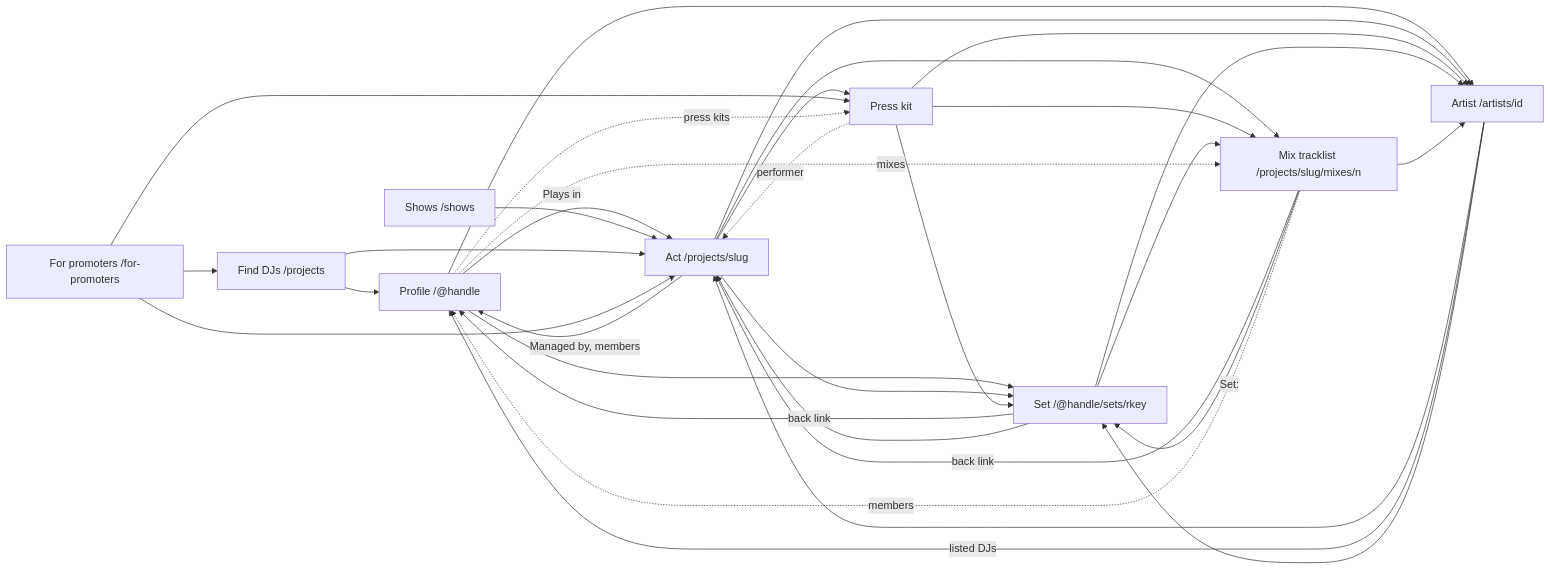
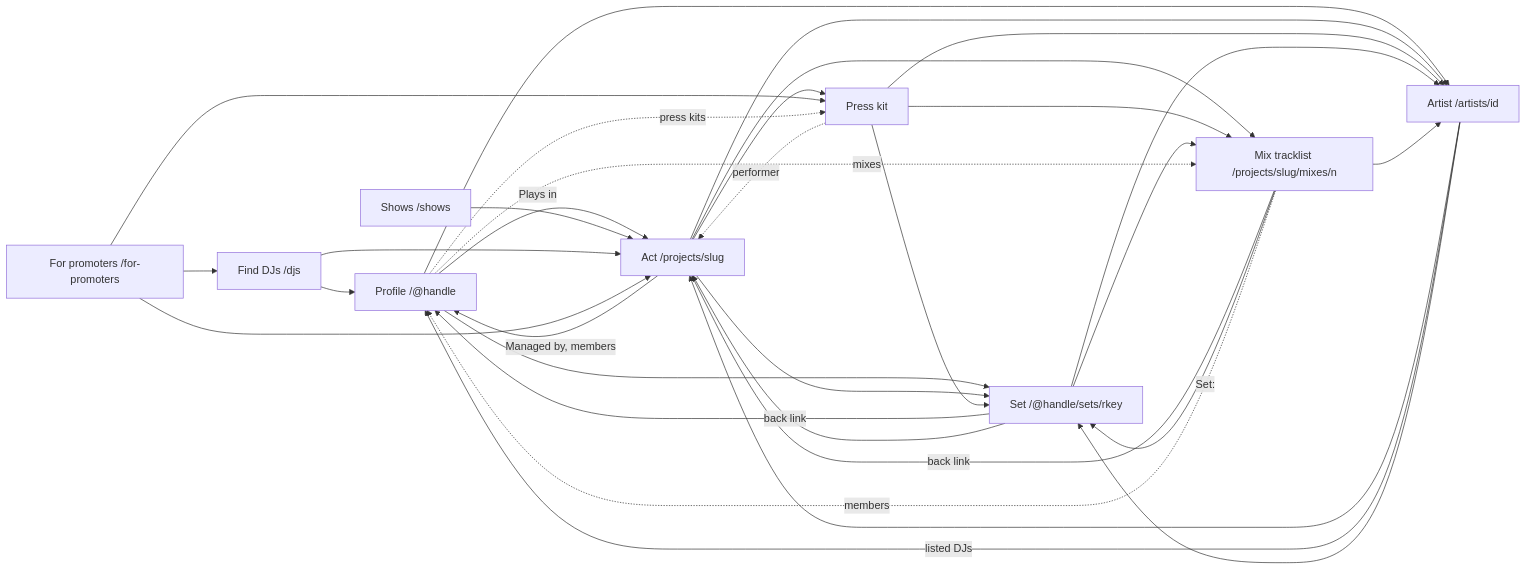
The second of 2 diagrams in docs/link-matrix.md (cutenode/localnetwork), drawn with Mermaid before and after one commit. The commit also changed other lines of this file and 68 other files, not shown here.

First line of the commit message:
feat(web): find DJs at /djs, and save DJs to the planner

````diff
--- a/docs/link-matrix.md
+++ b/docs/link-matrix.md
@@ -256,44 +256,44 @@
 ```mermaid
 flowchart LR
     profile["Profile /@handle"]
     act["Act /projects/slug"]
     kit["Press kit"]
     set["Set /@handle/sets/rkey"]
     mix["Mix tracklist /projects/slug/mixes/n"]
     shows["Shows /shows"]
     artist["Artist /artists/id"]
-    find["Find DJs /projects"]
+    find["Find DJs /djs"]
     promoters["For promoters /for-promoters"]
 
     profile -->|"Plays in"| act
     profile --> set
     profile --> artist
     act -->|"Managed by, members"| profile
     act --> kit
     act --> set
     act --> mix
     act --> artist
     kit --> set
     kit --> mix
     kit --> artist
     set -->|"back link"| profile
     set --> mix
     set --> act
     set --> artist
     mix -->|"back link"| act
     mix -->|"Set:"| set
     mix --> artist
     shows --> act
     artist --> act
     artist -->|"listed DJs"| profile
     artist --> set
     find --> act
     find --> profile
     promoters --> find
     promoters --> act
     promoters --> kit
     profile -.->|"mixes"| mix
     profile -.->|"press kits"| kit
     kit -.->|"performer"| act
     mix -.->|"members"| profile
 ```
````
